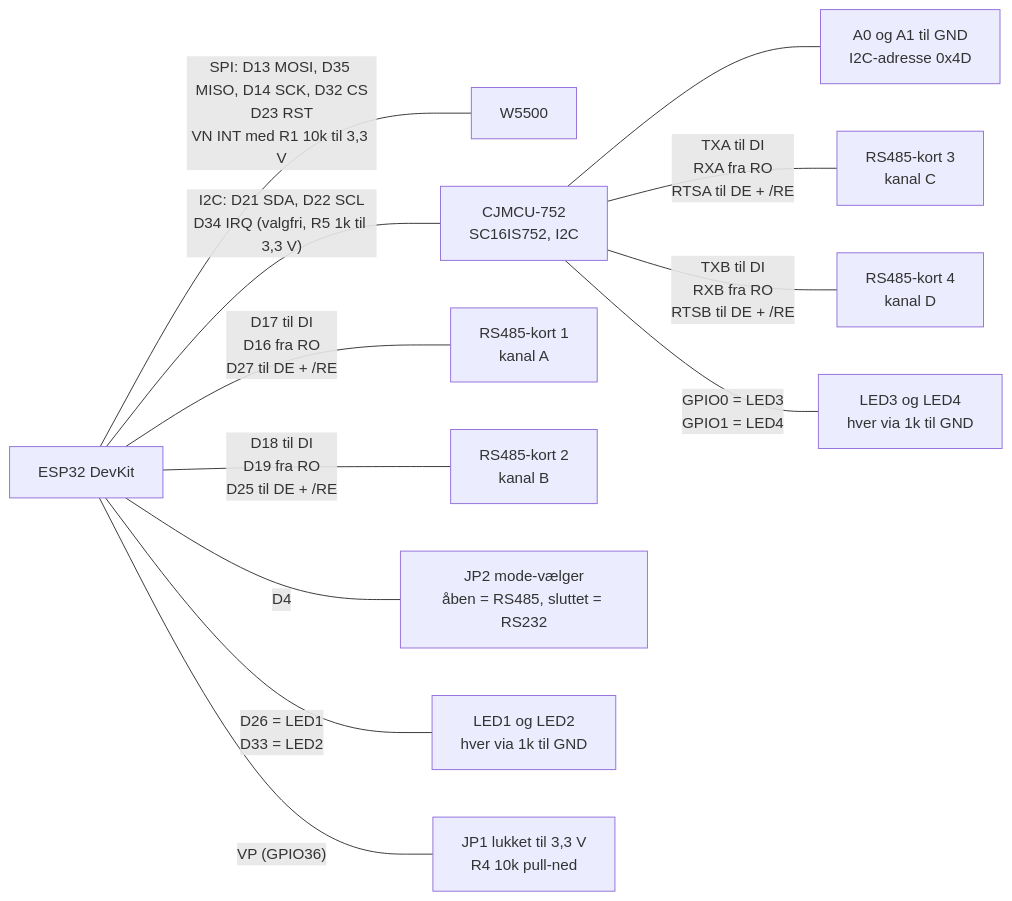
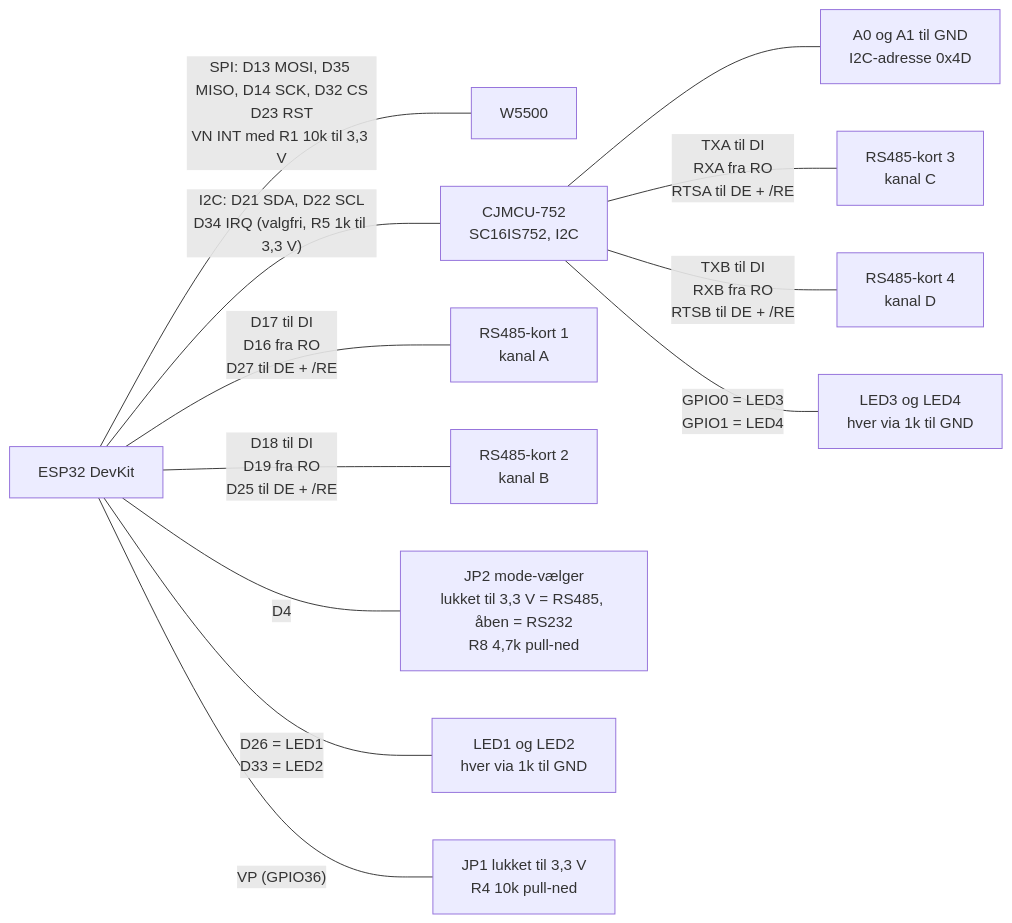
Before and after one commit to Jangreenlarsen/HypervisionPLC-Extension-board: the second of 2 diagrams in docs/ESP32_W5500_UART_RS485_KOBLING.md, drawn with Mermaid. The commit also changed other lines of this file and 3 other files, not shown here.

First line of the commit message:
docs: JP2 (mode, D4) som jumper til 3,3 V med R8 4,7k pull-ned i diagram og pin-liste

````diff
--- a/docs/ESP32_W5500_UART_RS485_KOBLING.md
+++ b/docs/ESP32_W5500_UART_RS485_KOBLING.md
@@ -40,27 +41,27 @@
 ```mermaid
 flowchart LR
     ESP["ESP32 DevKit"]
     ETH["W5500"]
     CJ["CJMCU-752<br/>SC16IS752, I2C"]
     RS1["RS485-kort 1<br/>kanal A"]
     RS2["RS485-kort 2<br/>kanal B"]
     RS3["RS485-kort 3<br/>kanal C"]
     RS4["RS485-kort 4<br/>kanal D"]
-    JP2["JP2 mode-vælger<br/>åben = RS485, sluttet = RS232"]
+    JP2["JP2 mode-vælger<br/>lukket til 3,3 V = RS485, åben = RS232<br/>R8 4,7k pull-ned"]
     LED["LED1 og LED2<br/>hver via 1k til GND"]
     LEDCD["LED3 og LED4<br/>hver via 1k til GND"]
     EXP["JP1 lukket til 3,3 V<br/>R4 10k pull-ned"]
     ADR["A0 og A1 til GND<br/>I2C-adresse 0x4D"]
 
     ESP ---|"D17 til DI<br/>D16 fra RO<br/>D27 til DE + /RE"| RS1
     ESP ---|"D18 til DI<br/>D19 fra RO<br/>D25 til DE + /RE"| RS2
     ESP ---|"SPI: D13 MOSI, D35 MISO, D14 SCK, D32 CS<br/>D23 RST<br/>VN INT med R1 10k til 3,3 V"| ETH
     ESP ---|"I2C: D21 SDA, D22 SCL<br/>D34 IRQ (valgfri, R5 1k til 3,3 V)"| CJ
     CJ --- ADR
     CJ ---|"TXA til DI<br/>RXA fra RO<br/>RTSA til DE + /RE"| RS3
     CJ ---|"TXB til DI<br/>RXB fra RO<br/>RTSB til DE + /RE"| RS4
     CJ ---|"GPIO0 = LED3<br/>GPIO1 = LED4"| LEDCD
     ESP ---|"D4"| JP2
     ESP ---|"D26 = LED1<br/>D33 = LED2"| LED
     ESP ---|"VP (GPIO36)"| EXP
 ```
````
